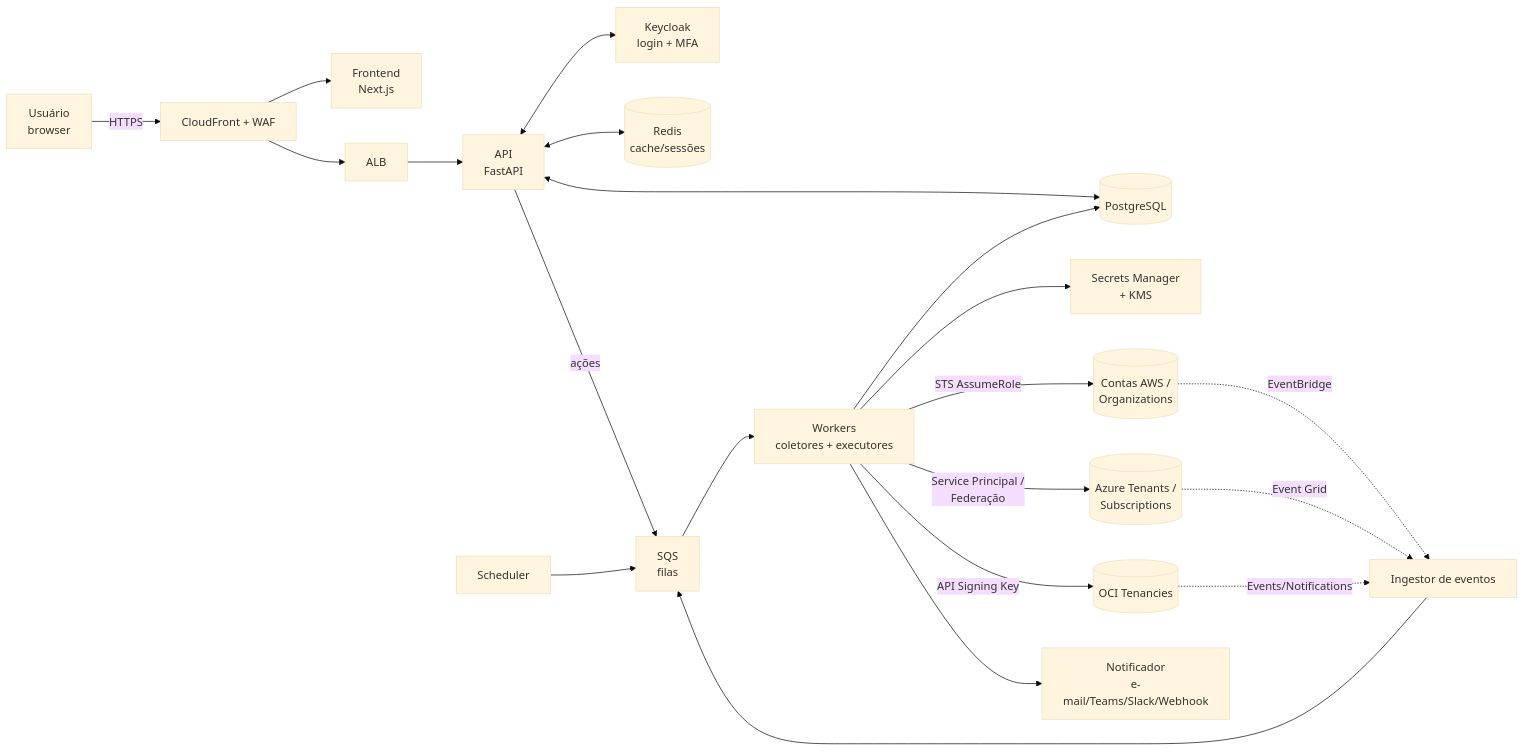
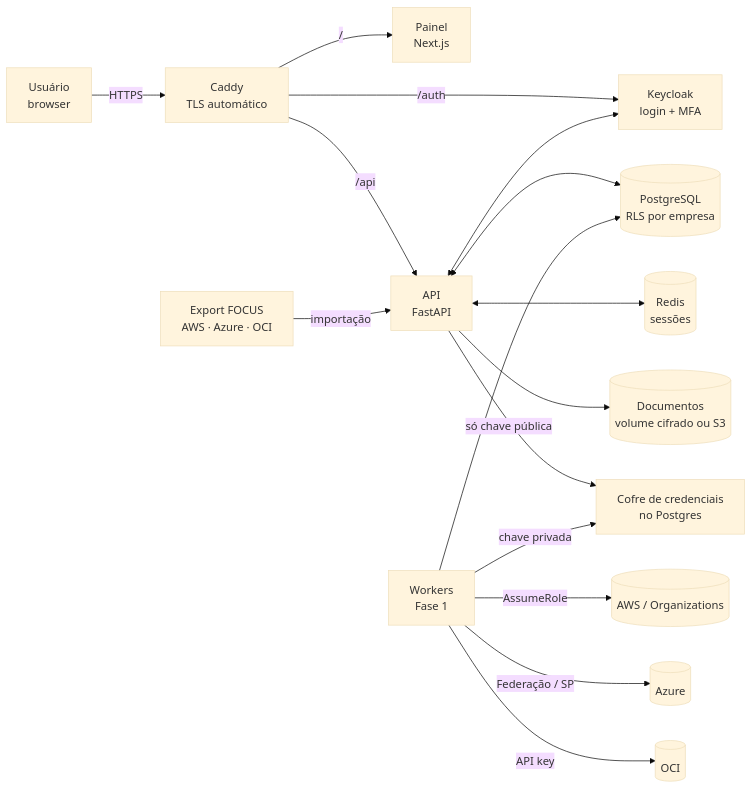
The first of 2 diagrams in docs/ARCHITECTURE.md (faiole/cloud-view), drawn with Mermaid (base theme) before and after one commit. The commit also changed other lines of this file and 83 other files, not shown here.

````diff
--- a/docs/ARCHITECTURE.md
+++ b/docs/ARCHITECTURE.md
@@ -22,23 +23,18 @@
 ```mermaid
 flowchart LR
-    U[Usuário<br/>browser] -->|HTTPS| CF[CloudFront + WAF]
-    CF --> WEB[Frontend<br/>Next.js]
-    CF --> ALB[ALB]
-    ALB --> API[API<br/>FastAPI]
-    API <--> KC[Keycloak<br/>login + MFA]
-    API <--> PG[(PostgreSQL)]
-    API <--> RD[(Redis<br/>cache/sessões)]
-    API -->|ações| Q[SQS<br/>filas]
-    SCH[Scheduler] --> Q
-    Q --> WK[Workers<br/>coletores + executores]
+    U[Usuário<br/>browser] -->|HTTPS| CD[Caddy<br/>TLS automático]
+    CD -->|/| WEB[Painel<br/>Next.js]
+    CD -->|/api| API[API<br/>FastAPI]
+    CD -->|/auth| KC[Keycloak<br/>login + MFA]
+    API <--> KC
+    API <--> PG[(PostgreSQL<br/>RLS por empresa)]
+    API <--> RD[(Redis<br/>sessões)]
+    API --> DOC[(Documentos<br/>volume cifrado ou S3)]
+    API -->|só chave pública| VAULT[Cofre de credenciais<br/>no Postgres]
+    WK[Workers<br/>Fase 1] -->|chave privada| VAULT
     WK --> PG
-    WK --> SM[Secrets Manager<br/>+ KMS]
-    WK -->|STS AssumeRole| AWS[(Contas AWS /<br/>Organizations)]
-    WK -->|Service Principal /<br/>Federação| AZ[(Azure Tenants /<br/>Subscriptions)]
-    WK -->|API Signing Key| OCI[(OCI Tenancies)]
-    AWS -.EventBridge.-> EVT[Ingestor de eventos]
-    AZ -.Event Grid.-> EVT
-    OCI -.Events/Notifications.-> EVT
-    EVT --> Q
-    WK --> NT[Notificador<br/>e-mail/Teams/Slack/Webhook]
+    WK -->|AssumeRole| AWS[(AWS / Organizations)]
+    WK -->|Federação / SP| AZ[(Azure)]
+    WK -->|API key| OCI[(OCI)]
+    F[Export FOCUS<br/>AWS · Azure · OCI] -->|importação| API
 ```
````
